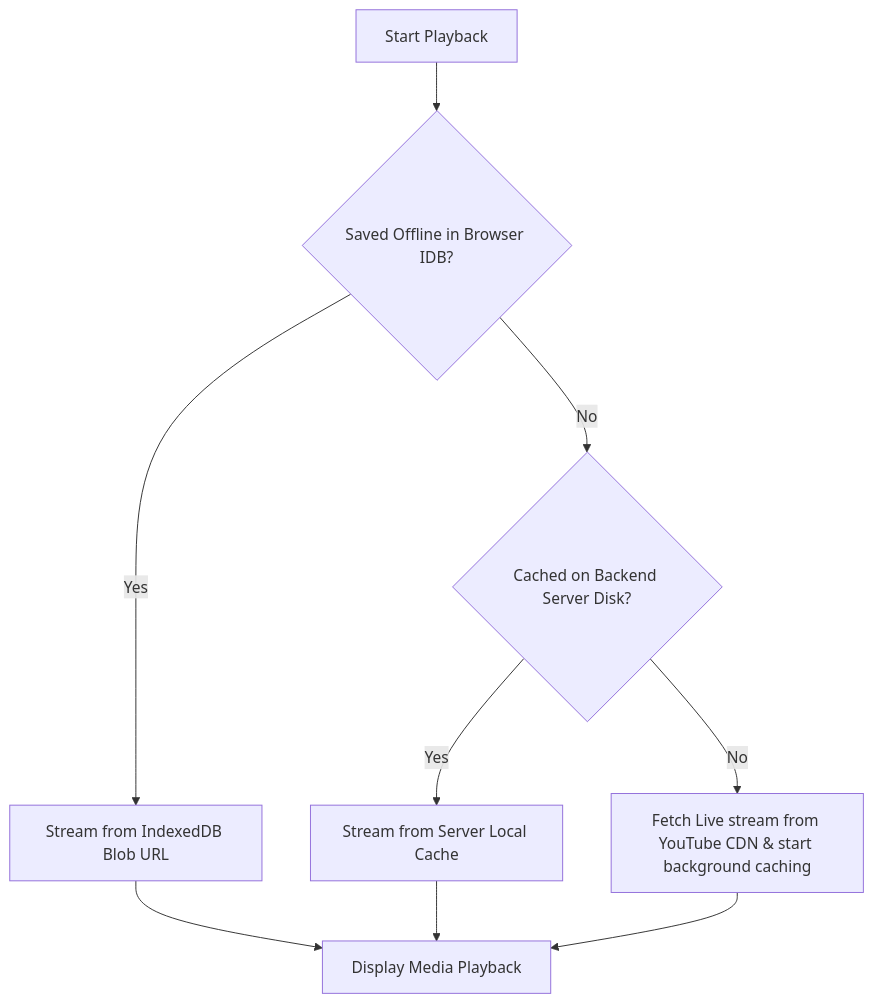
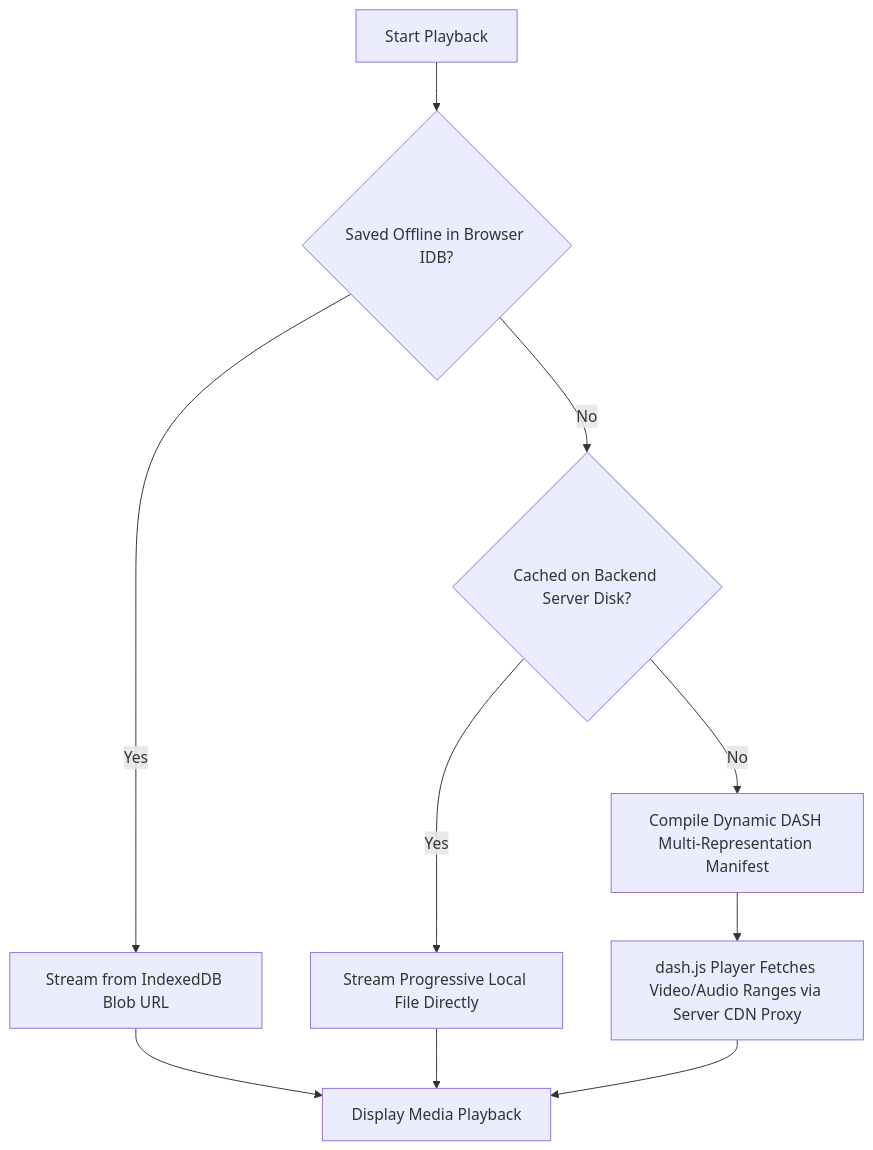
One commit to ErVijayRaghuwanshi/TubeHub changed the second of 3 diagrams in docs/high_level_design.md. Above: the diagram before and after it, drawn with Mermaid. The commit also changed other lines of this file and 8 other files, not shown here.

First line of the commit message:
Enhance video player functionality and user experience

````diff
--- a/docs/high_level_design.md
+++ b/docs/high_level_design.md
@@ -55,11 +55,12 @@
 ```mermaid
 flowchart TD
     A[Start Playback] --> B{Saved Offline in Browser IDB?}
     B -- Yes --> C[Stream from IndexedDB Blob URL]
     B -- No --> D{Cached on Backend Server Disk?}
-    D -- Yes --> E[Stream from Server Local Cache]
-    D -- No --> F[Fetch Live stream from YouTube CDN & start background caching]
+    D -- Yes --> E[Stream Progressive Local File Directly]
+    D -- No --> F[Compile Dynamic DASH Multi-Representation Manifest]
+    F --> H[dash.js Player Fetches Video/Audio Ranges via Server CDN Proxy]
     E --> G[Display Media Playback]
     C --> G
-    F --> G
+    H --> G
 ```
````
